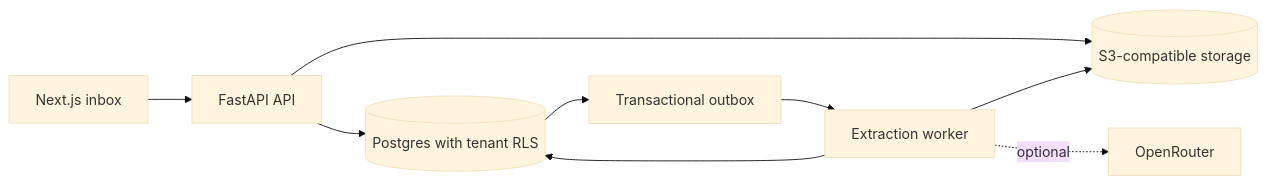
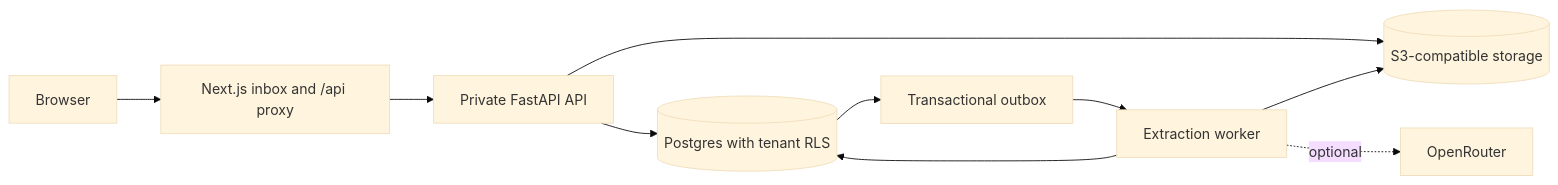
Before and after one commit to Abhinavsuri90/opspilot: the diagram in README.md, drawn with Mermaid (base theme). The commit also changed other lines of this file and 11 other files, not shown here.

````diff
--- a/README.md
+++ b/README.md
@@ -18,11 +18,12 @@
 ```mermaid
 flowchart LR
-  W[Next.js inbox] --> A[FastAPI API]
+  B[Browser] --> W[Next.js inbox and /api proxy]
+  W --> A[Private FastAPI API]
   A --> S[(S3-compatible storage)]
   A --> P[(Postgres with tenant RLS)]
   P --> O[Transactional outbox]
   O --> X[Extraction worker]
   X --> S
   X --> P
   X -. optional .-> R[OpenRouter]
 ```
````
